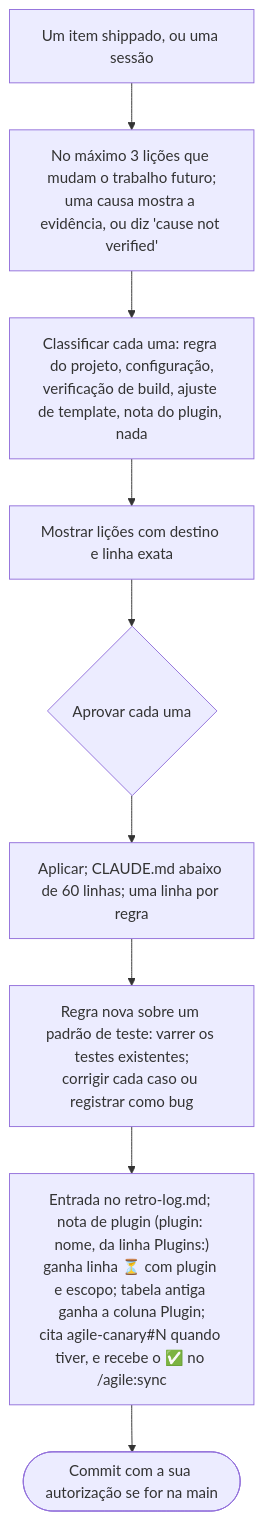
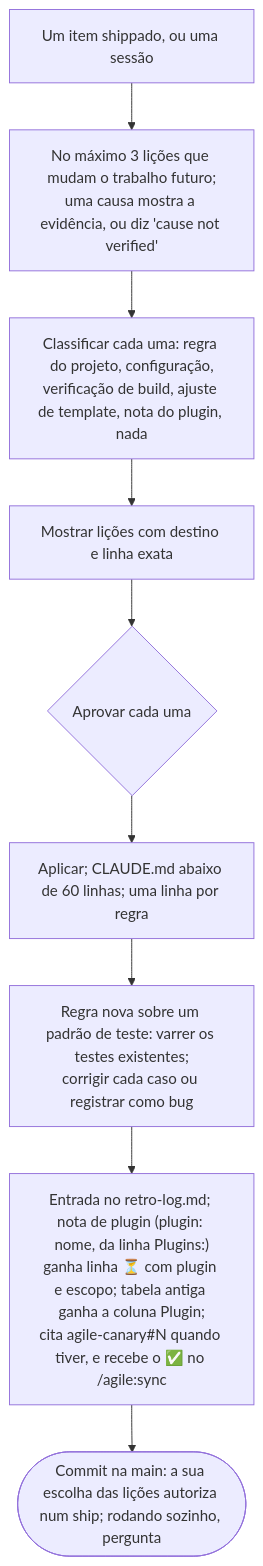
Before and after one commit to alexcanario/simulab: diagram 13 of 20 in docs/agile/workflow.pt-BR.md, drawn with Mermaid. The commit also changed other lines of this file and 17 other files, not shown here.

````diff
--- a/docs/agile/workflow.pt-BR.md
+++ b/docs/agile/workflow.pt-BR.md
@@ -1616,11 +2188,11 @@
 ```mermaid
 flowchart TD
     A["Um item shippado, ou uma sessão"] --> B["No máximo 3 lições que mudam o trabalho futuro;<br/>uma causa mostra a evidência, ou diz 'cause not verified'"]
     B --> C["Classificar cada uma: regra do projeto, configuração,<br/>verificação de build, ajuste de template, nota do plugin, nada"]
     C --> D["Mostrar lições com destino e linha exata"]
     D --> E{"Aprovar cada uma"}
     E --> F["Aplicar; CLAUDE.md abaixo de 60 linhas; uma linha por regra"]
     F --> F2["Regra nova sobre um padrão de teste: varrer os testes existentes;<br/>corrigir cada caso ou registrar como bug"]
     F2 --> G["Entrada no retro-log.md; nota de plugin (plugin: nome, da linha Plugins:)<br/>ganha linha ⏳ com plugin e escopo; tabela antiga ganha a coluna Plugin;<br/>cita agile-canary#N quando tiver, e recebe o ✅ no /agile:sync"]
-    G --> H(["Commit com a sua autorização se for na main"])
+    G --> H(["Commit na main: a sua escolha das lições autoriza num ship; rodando sozinho, pergunta"])
 ```
````
